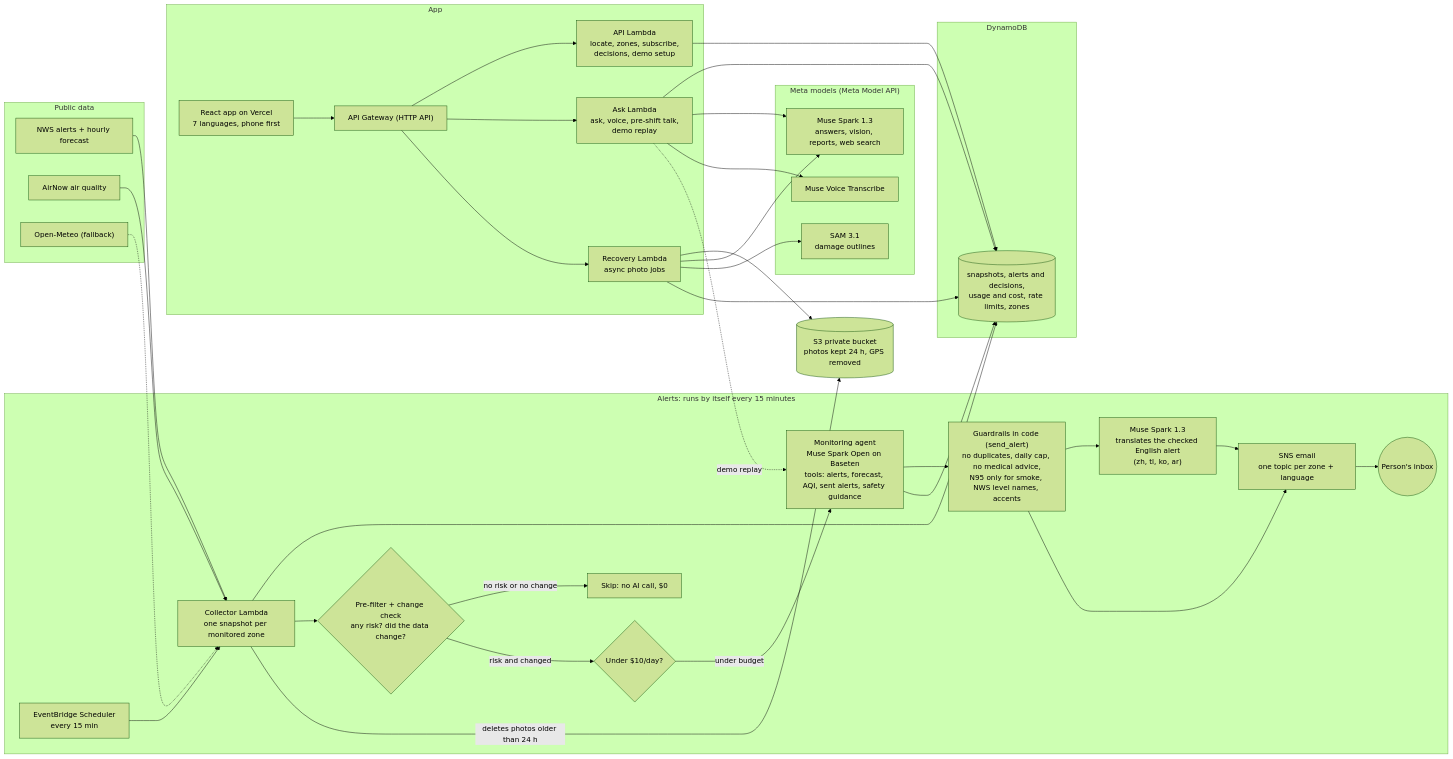
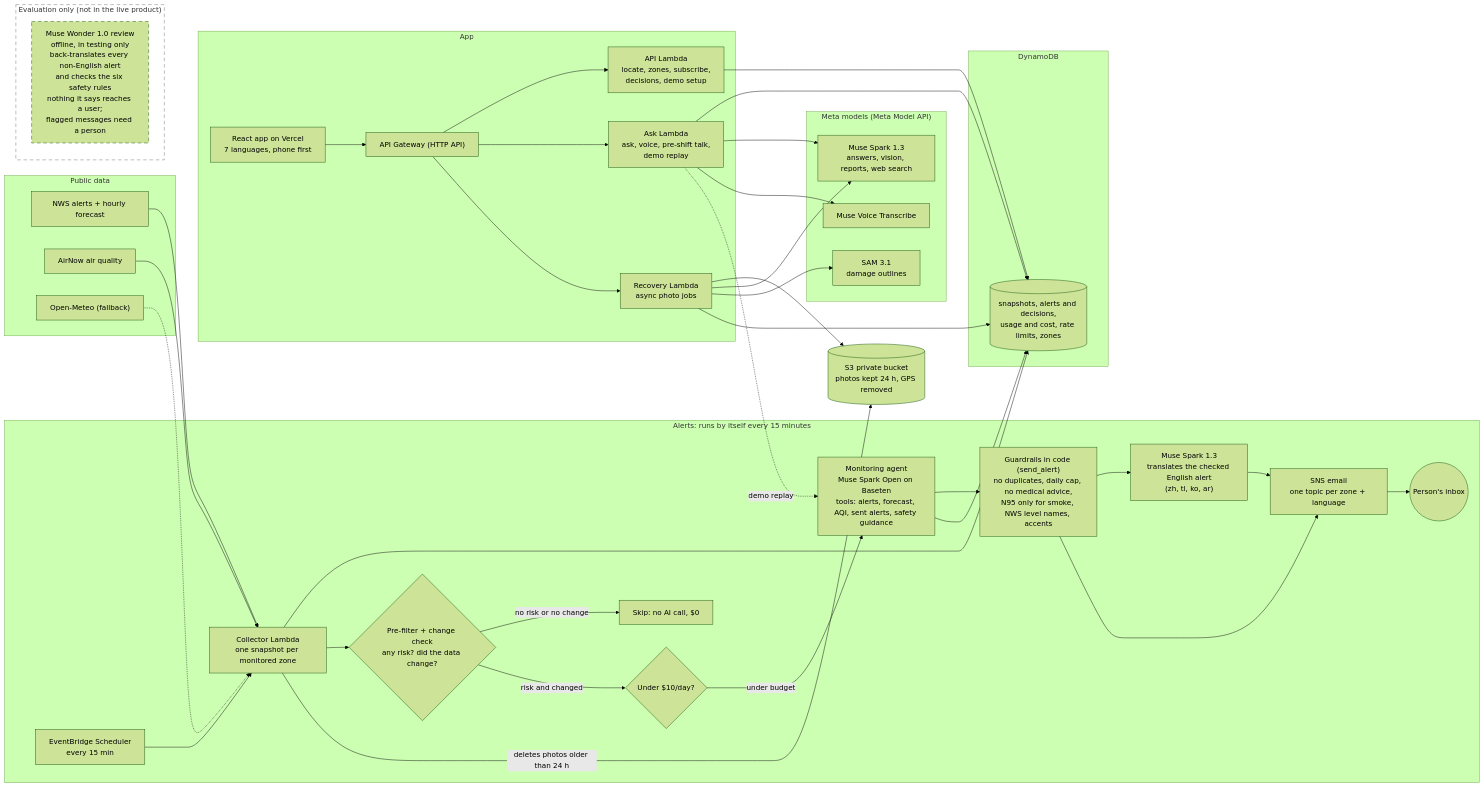
One commit to dangkhoa241/ClimateGuard changed the diagram in README.md. Above: the diagram before and after it, drawn with Mermaid (forest theme). The commit also changed other lines of this file and 8 other files, not shown here.

````diff
--- a/README.md
+++ b/README.md
@@ -97,72 +97,79 @@
 ```mermaid
 flowchart LR
   subgraph DATA["Public data"]
     NWS["NWS alerts + hourly forecast"]
     AIR["AirNow air quality"]
     OM["Open-Meteo (fallback)"]
   end
 
   subgraph ALERTS["Alerts: runs by itself every 15 minutes"]
     EB["EventBridge Scheduler<br/>every 15 min"]
     COL["Collector Lambda<br/>one snapshot per monitored zone"]
     PRE{"Pre-filter + change check<br/>any risk? did the data change?"}
     SKIP["Skip: no AI call, $0"]
     BUD{"Under $10/day?"}
     AGENT["Monitoring agent<br/>Muse Spark Open on Baseten<br/>tools: alerts, forecast, AQI, sent alerts, safety guidance"]
     GUARD["Guardrails in code (send_alert)<br/>no duplicates, daily cap, no medical advice,<br/>N95 only for smoke, NWS level names, accents"]
     TR["Muse Spark 1.3<br/>translates the checked English alert<br/>(zh, tl, ko, ar)"]
     SNS["SNS email<br/>one topic per zone + language"]
     PERSON(("Person's inbox"))
   end
 
   subgraph STORE["DynamoDB"]
     DB[("snapshots, alerts and decisions,<br/>usage and cost, rate limits, zones")]
   end
 
   subgraph APP["App"]
     FE["React app on Vercel<br/>7 languages, phone first"]
     API["API Gateway (HTTP API)"]
     L1["API Lambda<br/>locate, zones, subscribe,<br/>decisions, demo setup"]
     L2["Ask Lambda<br/>ask, voice, pre-shift talk,<br/>demo replay"]
     L3["Recovery Lambda<br/>async photo jobs"]
   end
 
   subgraph MODELS["Meta models (Meta Model API)"]
     MS["Muse Spark 1.3<br/>answers, vision, reports, web search"]
     VT["Muse Voice Transcribe"]
     SAM["SAM 3.1<br/>damage outlines"]
   end
 
   S3[("S3 private bucket<br/>photos kept 24 h, GPS removed")]
 
+  subgraph EVAL["Evaluation only (not in the live product)"]
+    WONDER["Muse Wonder 1.0 review<br/>offline, in testing only<br/>back-translates every non-English alert<br/>and checks the six safety rules<br/>nothing it says reaches a user;<br/>flagged messages need a person"]
+  end
+
   NWS --> COL
   AIR --> COL
   OM -.-> COL
   EB --> COL
   COL --> DB
   COL --> PRE
   PRE -- "no risk or no change" --> SKIP
   PRE -- "risk and changed" --> BUD
   BUD -- "under budget" --> AGENT
   AGENT --> GUARD
   GUARD --> TR
   TR --> SNS
   GUARD --> SNS
   SNS --> PERSON
   AGENT --> DB
   COL -- "deletes photos older than 24 h" --> S3
 
   FE --> API
   API --> L1
   API --> L2
   API --> L3
   L1 --> DB
   L2 --> DB
   L2 --> MS
   L2 --> VT
   L2 -. "demo replay" .-> AGENT
   L3 --> S3
   L3 --> MS
   L3 --> SAM
   L3 --> DB
+
+  style EVAL stroke-dasharray: 8 6,stroke:#78716c,fill:#ffffff
+  style WONDER stroke-dasharray: 8 6
 ```
````
